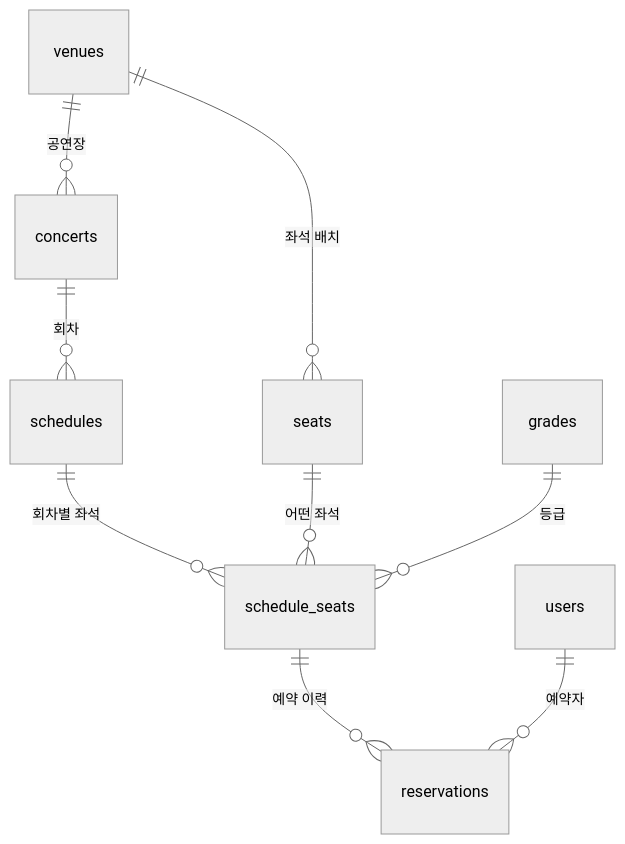
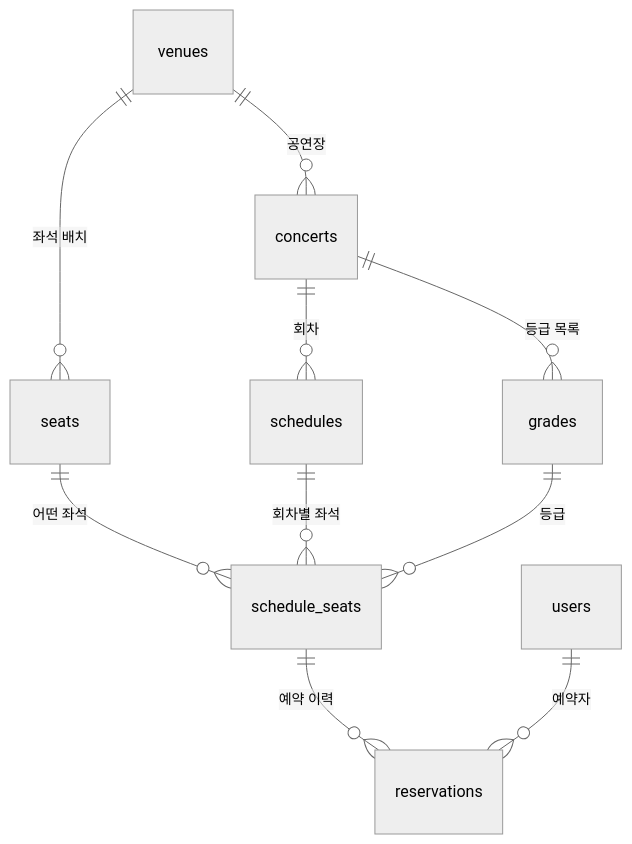
Before and after one commit to Guksu/backend-db-design-study: the diagram in cases/01-ticket-booking/step01-erd.md, drawn with Mermaid (neutral theme). The commit also changed other lines of this file and 2 other files, not shown here.

First line of the commit message:
docs(Q25): 등급은 공연마다 정한다 (concerts 1 : N grades)

````diff
--- a/cases/01-ticket-booking/step01-erd.md
+++ b/cases/01-ticket-booking/step01-erd.md
@@ -48,11 +48,12 @@
 ```mermaid
 erDiagram
   venues ||--o{ seats : "좌석 배치"
   venues ||--o{ concerts : "공연장"
   concerts ||--o{ schedules : "회차"
+  concerts ||--o{ grades : "등급 목록"
   schedules ||--o{ schedule_seats : "회차별 좌석"
   seats ||--o{ schedule_seats : "어떤 좌석"
   grades ||--o{ schedule_seats : "등급"
   schedule_seats ||--o{ reservations : "예약 이력"
   users ||--o{ reservations : "예약자"
 ```
````
